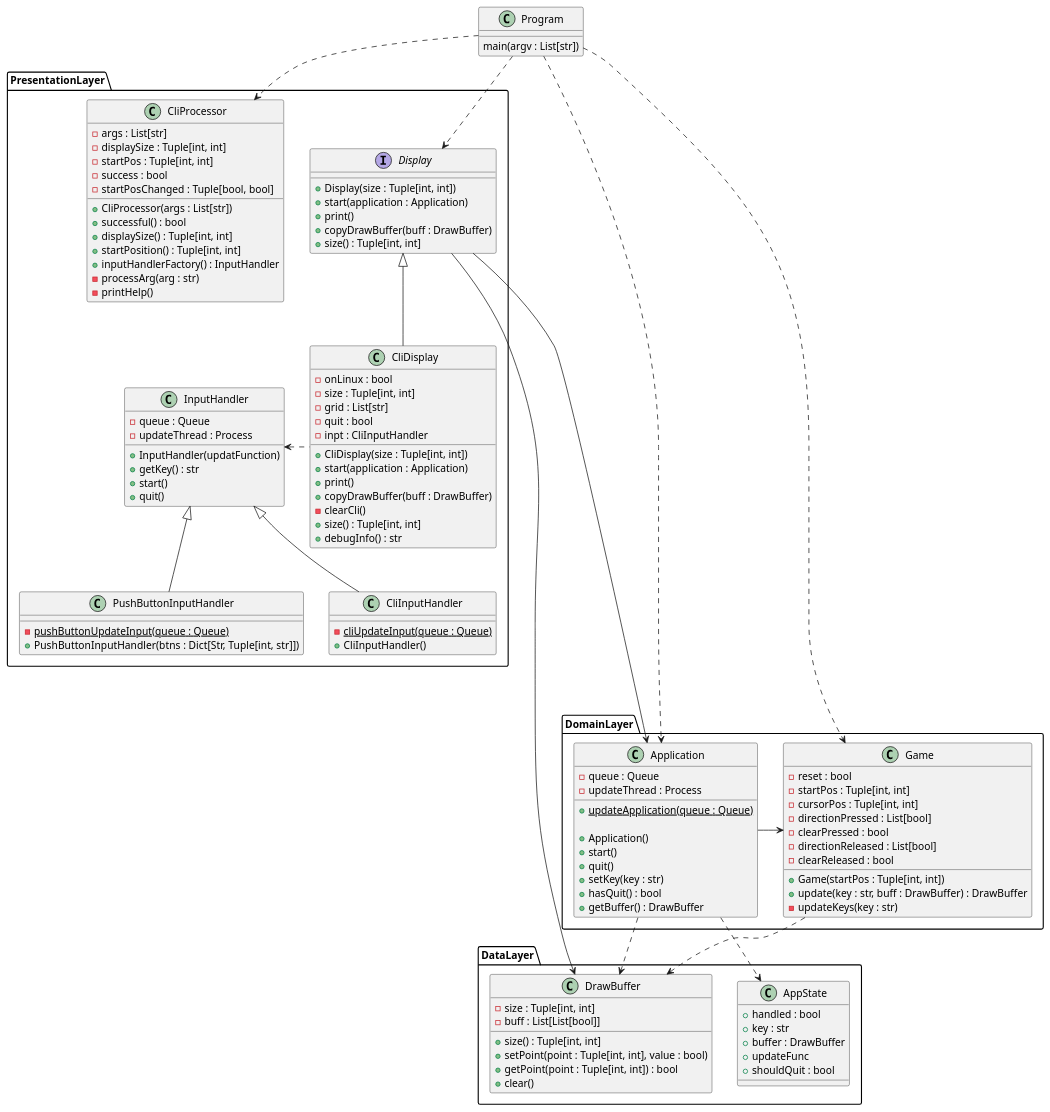
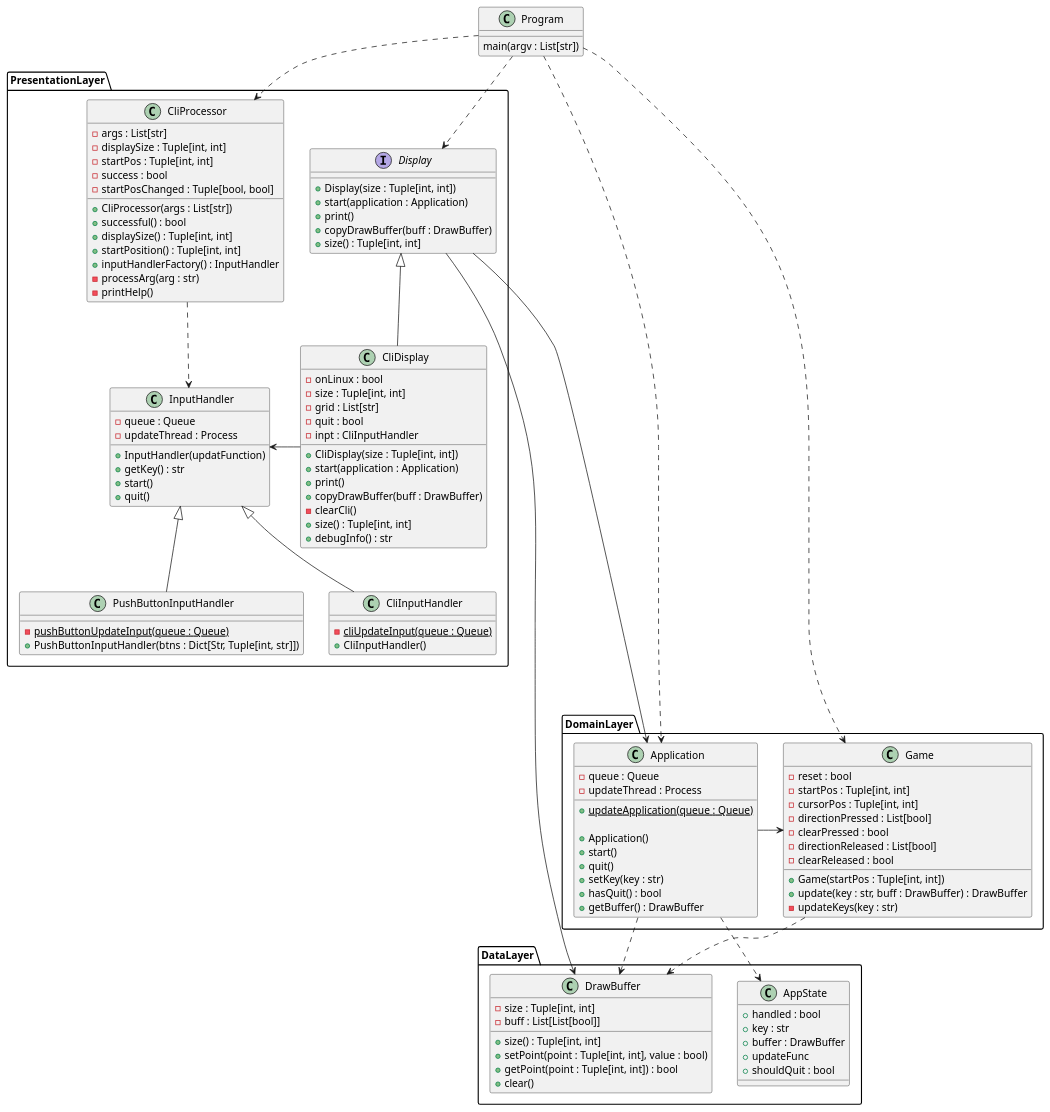
Before and after one commit to blueOkiris/EmbeddedLinuxClass: the diagram in hw02/docs/etchsketch.plantuml, drawn with PlantUML.

Commit message:
Formatted code to fit inside an 80-char wide display

```diff
--- a/hw02/docs/etchsketch.plantuml
+++ b/hw02/docs/etchsketch.plantuml
@@ -1,136 +1,137 @@
 @startuml etch-a-sketch-class
 
 class Program {
     main(argv : List[str])
 }
 
 namespace PresentationLayer {
     interface Display {
         + Display(size : Tuple[int, int])
         + start(application : Application)
         + print()
         + copyDrawBuffer(buff : DrawBuffer)
         + size() : Tuple[int, int]
     }
 
     class CliDisplay {
         - onLinux : bool
         - size : Tuple[int, int]
         - grid : List[str]
         - quit : bool
         - inpt : CliInputHandler
 
         + CliDisplay(size : Tuple[int, int])
         + start(application : Application)
         + print()
         + copyDrawBuffer(buff : DrawBuffer)
         - clearCli()
         + size() : Tuple[int, int]
         + debugInfo() : str
     }
 
     class CliProcessor {
         - args : List[str]
         - displaySize : Tuple[int, int]
         - startPos : Tuple[int, int]
         - success : bool
         - startPosChanged : Tuple[bool, bool]
 
         + CliProcessor(args : List[str])
         + successful() : bool
         + displaySize() : Tuple[int, int]
         + startPosition() : Tuple[int, int]
         + inputHandlerFactory() : InputHandler
         - processArg(arg : str)
         - printHelp()
     }
 
     class InputHandler {
         - queue : Queue
         - updateThread : Process
 
         + InputHandler(updatFunction)
         + getKey() : str
         + start()
         + quit()
     }
 
     class PushButtonInputHandler {
         - {static} pushButtonUpdateInput(queue : Queue)
         + PushButtonInputHandler(btns : Dict[Str, Tuple[int, str]])
     }
 
     class CliInputHandler {
         - {static} cliUpdateInput(queue : Queue)
         + CliInputHandler()
     }
 
-    CliDisplay .l.> InputHandler
+    CliProcessor ..> InputHandler
+    CliDisplay -l-> InputHandler
     CliDisplay -u-|> Display
     CliInputHandler -u-|> InputHandler
     PushButtonInputHandler -u-|> InputHandler
 }
 
 namespace DomainLayer {
     class Application {
         - queue : Queue
         - updateThread : Process
 
         + {static} updateApplication(queue : Queue)
 
         + Application()
         + start()
         + quit()
         + setKey(key : str)
         + hasQuit() : bool
         + getBuffer() : DrawBuffer
     }
 
     class Game {
         - reset : bool
         - startPos : Tuple[int, int]
         - cursorPos : Tuple[int, int]
         - directionPressed : List[bool]
         - clearPressed : bool
         - directionReleased : List[bool]
         - clearReleased : bool
         
         + Game(startPos : Tuple[int, int])
         + update(key : str, buff : DrawBuffer) : DrawBuffer
         - updateKeys(key : str)
     }
 
     Application -> Game
 }
 
 namespace DataLayer {
     class DrawBuffer {
         - size : Tuple[int, int]
         - buff : List[List[bool]]
 
         + size() : Tuple[int, int]
         + setPoint(point : Tuple[int, int], value : bool)
         + getPoint(point : Tuple[int, int]) : bool
         + clear()
     }
 
     class AppState {
         + handled : bool
         + key : str
         + buffer : DrawBuffer
         + updateFunc
         + shouldQuit : bool
     }
 }
 
 Program ..> PresentationLayer.CliProcessor
 Program ...> DomainLayer.Game
 Program ...> DomainLayer.Application
 Program ..> PresentationLayer.Display
 PresentationLayer.Display -----> DomainLayer.Application
 PresentationLayer.Display -----> DataLayer.DrawBuffer
 DomainLayer.Application ..> DataLayer.AppState
 DomainLayer.Application ..> DataLayer.DrawBuffer
 DomainLayer.Game ..> DataLayer.DrawBuffer
 
 @enduml
```
